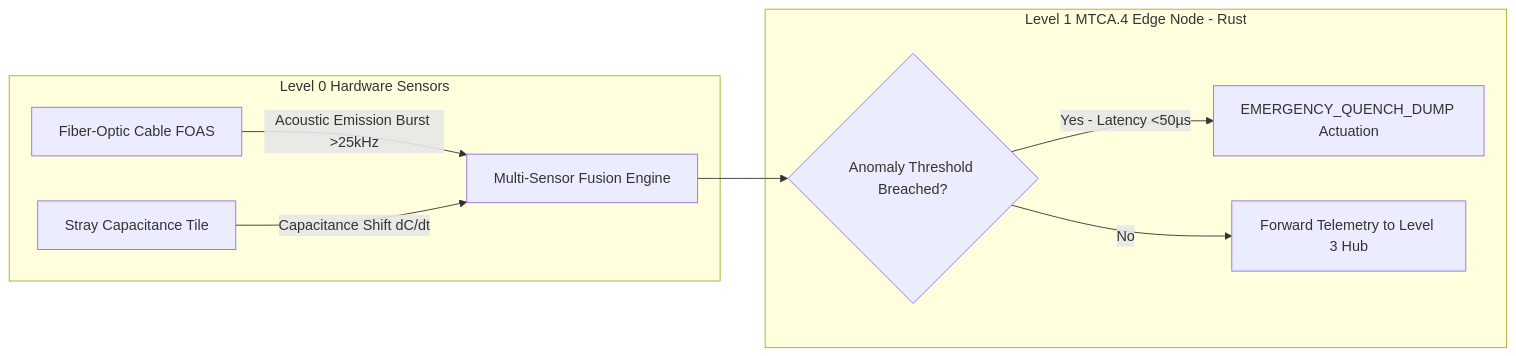
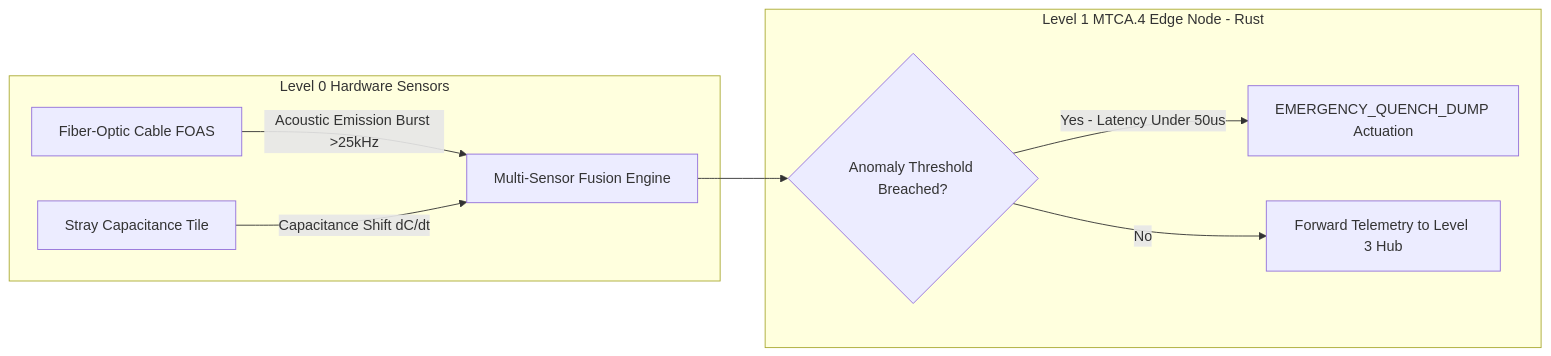
Before and after one commit to skhy-ai/tami-cama: the sixth of 9 diagrams in TUTORIAL.md, drawn with Mermaid. The commit also changed other lines of this file and 8 other files, not shown here.

Commit message:
feat: add telemetry protocol buffer definitions, digital twin engine, synthetic data generator, and tutorial viewer UI

````diff
--- a/TUTORIAL.md
+++ b/TUTORIAL.md
@@ -266,13 +266,13 @@
 ```mermaid
 flowchart LR
-    subgraph Sensors [Level 0 Hardware Sensors]
-        A[Fiber-Optic Cable FOAS] -->|Acoustic Emission Burst >25kHz| C[Multi-Sensor Fusion Engine]
-        B[Stray Capacitance Tile] -->|Capacitance Shift dC/dt| C
+    subgraph Sensors ["Level 0 Hardware Sensors"]
+        A["Fiber-Optic Cable FOAS"] -->|Acoustic Emission Burst >25kHz| C["Multi-Sensor Fusion Engine"]
+        B["Stray Capacitance Tile"] -->|Capacitance Shift dC/dt| C
     end
     
-    subgraph EdgeDecision [Level 1 MTCA.4 Edge Node - Rust]
-        C --> D{Anomaly Threshold Breached?}
-        D -->|Yes - Latency <50µs| E[EMERGENCY_QUENCH_DUMP Actuation]
-        D -->|No| F[Forward Telemetry to Level 3 Hub]
+    subgraph EdgeDecision ["Level 1 MTCA.4 Edge Node - Rust"]
+        C --> D{"Anomaly Threshold Breached?"}
+        D -->|Yes - Latency Under 50us| E["EMERGENCY_QUENCH_DUMP Actuation"]
+        D -->|No| F["Forward Telemetry to Level 3 Hub"]
     end
 ```
````
